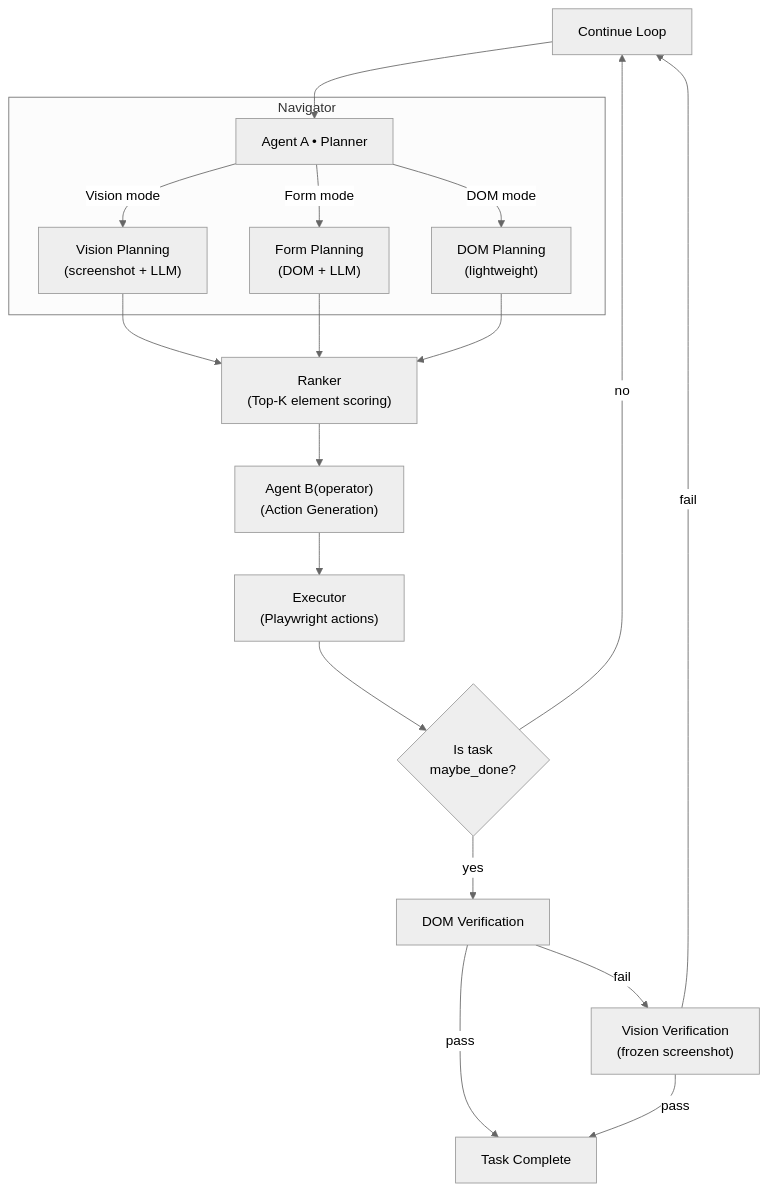
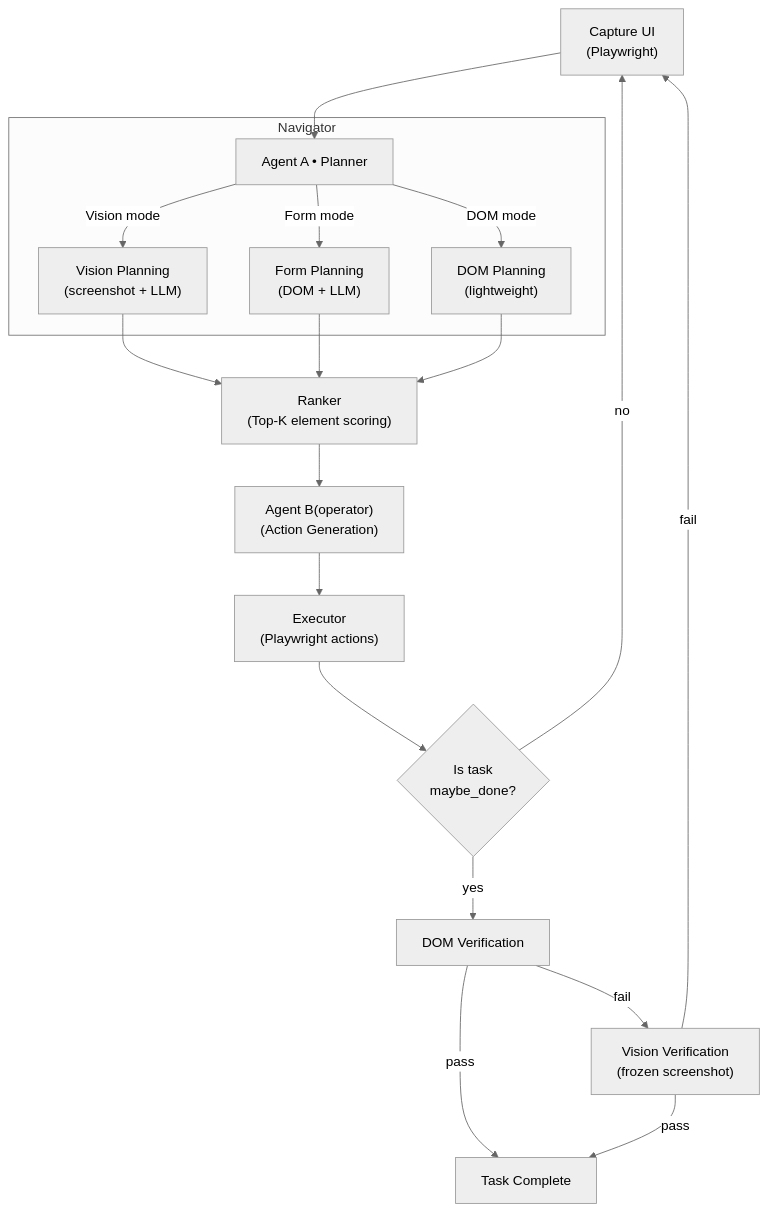
Before and after one commit to krishna-dhulipalla/Autonomous-Web-UI-Multi-Agent: the diagram in README.md, drawn with Mermaid (neutral theme).

Commit message:
Update failure path in README for UI capture

````diff
--- a/README.md
+++ b/README.md
@@ -7,37 +7,37 @@
 ```mermaid
 graph TD
 
 %% ===== UI Capture =====
 A["Capture UI<br/>(Playwright)"] --> P["Agent A • Planner"]
 
 %% ===== Agent A Planner =====
 subgraph Navigator
 P -->|Vision mode| AV["Vision Planning<br/>(screenshot + LLM)"]
 P -->|Form mode| AD["Form Planning<br/>(DOM + LLM)"]
 P -->|DOM mode| AO["DOM Planning<br/>(lightweight)"]
 end
 
 %% ===== Ranking =====
 AV --> R["Ranker<br/>(Top-K element scoring)"]
 AD --> R
 AO --> R
 
 %% ===== Agent B =====
 R --> B["Agent B(operator)<br/>(Action Generation)"]
 
 %% ===== Executor =====
 B --> E["Executor<br/>(Playwright actions)"]
 
 %% ===== Verification Branching =====
 E --> MD{"Is task<br/>maybe_done?"}
 
 %% maybe_done = true
 MD -->|yes| D1["DOM Verification"]
 D1 -->|pass| G["Task Complete"]
 D1 -->|fail| V1["Vision Verification<br/>(frozen screenshot)"]
 V1 -->|pass| G
-V1 -->|fail| A["Continue Loop"]
+V1 -->|fail| A["Capture UI<br/>(Playwright)"]
 
 %% maybe_done = false
 MD -->|no| A
 ```
````
